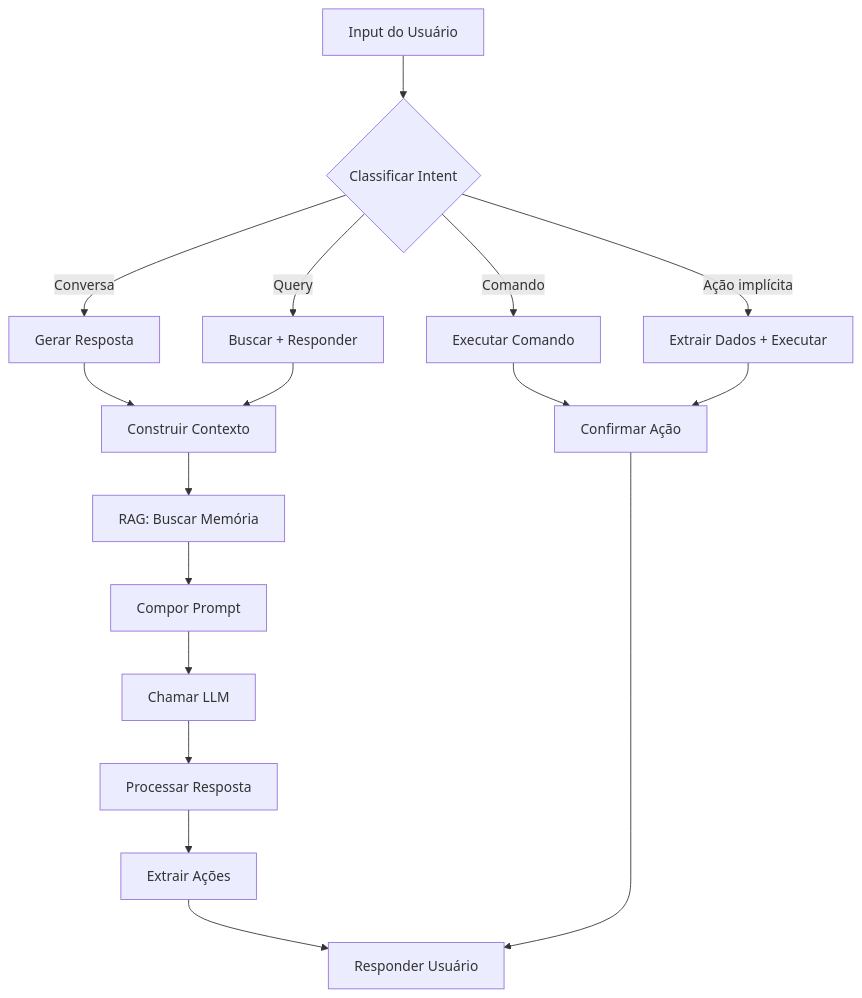
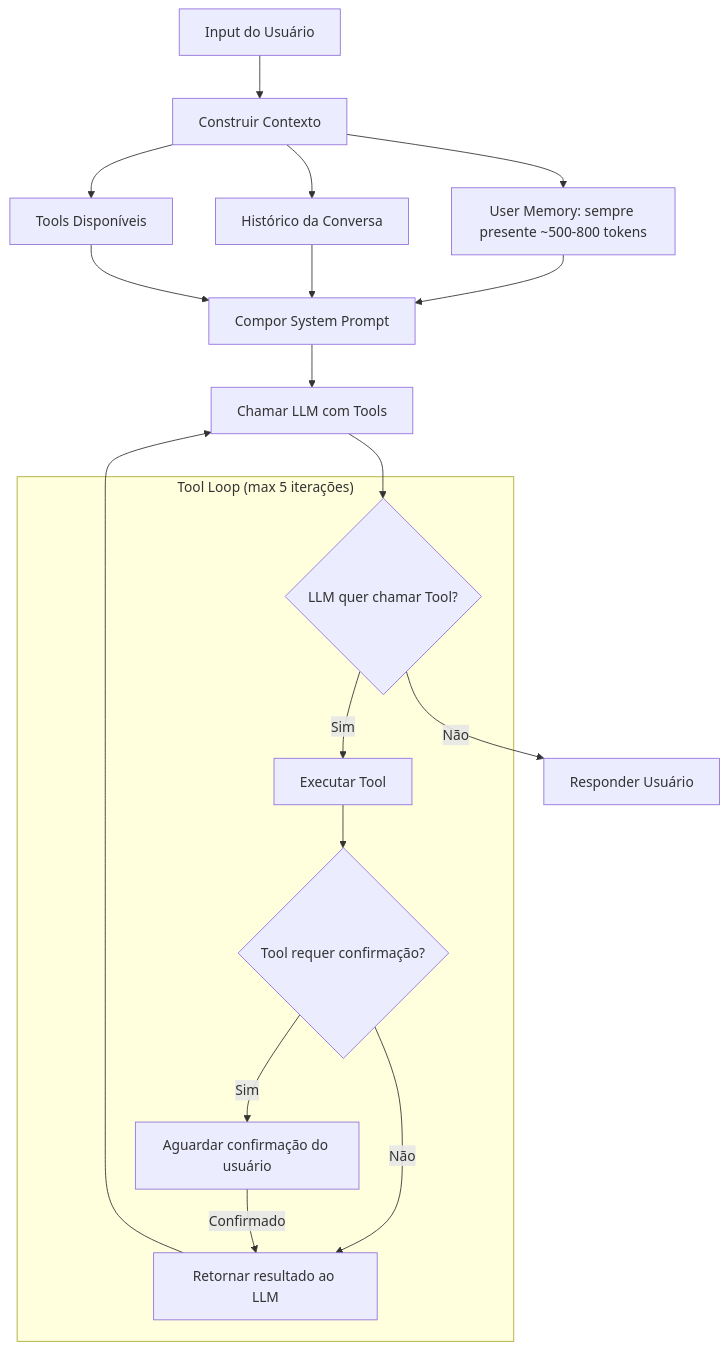
Before and after one commit to oeduardop1/life-assistant: the diagram in AI_SPECS.md, drawn with Mermaid. The commit also changed other lines of this file and 9 other files, not shown here.

First line of the commit message:
docs: migrate from RAG to Tool Use + Memory Consolidation (ADR-012)

````diff
--- a/AI_SPECS.md
+++ b/AI_SPECS.md
@@ -113,24 +109,32 @@
 ```mermaid
 flowchart TB
-    A[Input do Usuário] --> B{Classificar Intent}
-    
-    B -->|Comando| C[Executar Comando]
-    B -->|Ação implícita| D[Extrair Dados + Executar]
-    B -->|Conversa| E[Gerar Resposta]
-    B -->|Query| F[Buscar + Responder]
-    
-    C --> G[Confirmar Ação]
-    D --> G
-    
-    E --> H[Construir Contexto]
-    F --> H
-    
-    H --> I[RAG: Buscar Memória]
-    I --> J[Compor Prompt]
-    J --> K[Chamar LLM]
-    K --> L[Processar Resposta]
-    L --> M[Extrair Ações]
-    M --> N[Responder Usuário]
-    
-    G --> N
+    A[Input do Usuário] --> B[Construir Contexto]
+
+    B --> C[User Memory: sempre presente ~500-800 tokens]
+    B --> D[Histórico da Conversa]
+    B --> E[Tools Disponíveis]
+
+    C --> F[Compor System Prompt]
+    D --> F
+    E --> F
+
+    F --> G[Chamar LLM com Tools]
+
+    G --> H{LLM quer chamar Tool?}
+    H -->|Sim| I[Executar Tool]
+    I --> J{Tool requer confirmação?}
+    J -->|Sim| K[Aguardar confirmação do usuário]
+    J -->|Não| L[Retornar resultado ao LLM]
+    K -->|Confirmado| L
+    L --> G
+
+    H -->|Não| M[Responder Usuário]
+
+    subgraph "Tool Loop (max 5 iterações)"
+        H
+        I
+        J
+        K
+        L
+    end
 ```
````
